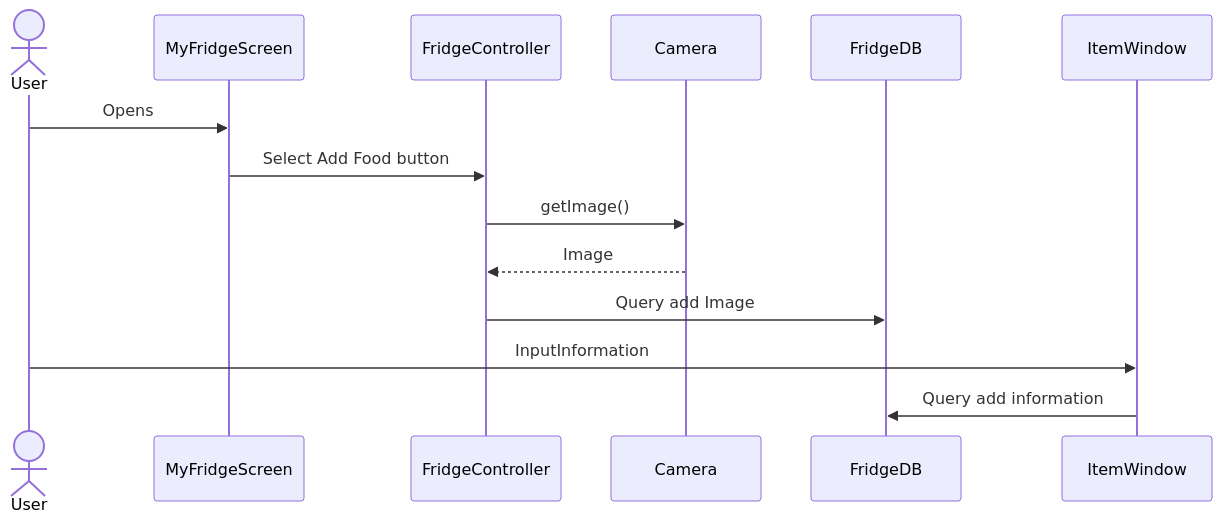
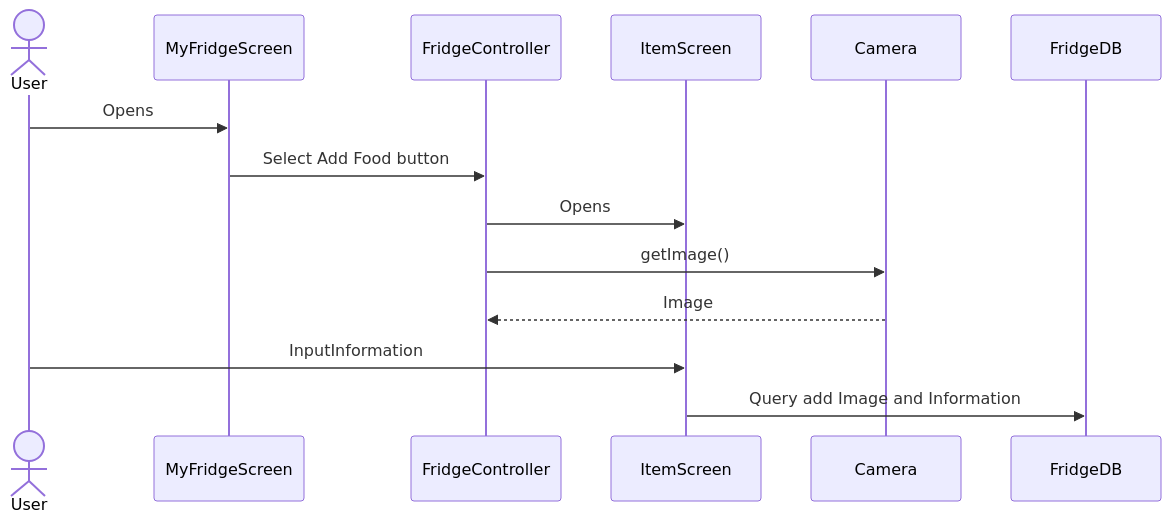
One commit to veekay7/kuromi-fridge changed the diagram in documents/sequence_diagram/check_in.md. Above: the diagram before and after it, drawn with Mermaid.

````diff
--- a/documents/sequence_diagram/check_in.md
+++ b/documents/sequence_diagram/check_in.md
@@ -1,11 +1,11 @@
 ```mermaid
 sequenceDiagram
 	actor User
   User->>MyFridgeScreen: Opens
   MyFridgeScreen->>FridgeController: Select Add Food button
+	FridgeController->>ItemScreen: Opens
 	FridgeController->>Camera: getImage()
 	Camera-->>FridgeController: Image
-	FridgeController->>FridgeDB: Query add Image
-	User->>ItemWindow: InputInformation
-	ItemWindow->>FridgeDB: Query add information
+	User->>ItemScreen: InputInformation
+	ItemScreen->>FridgeDB: Query add Image and Information
 ```
````
